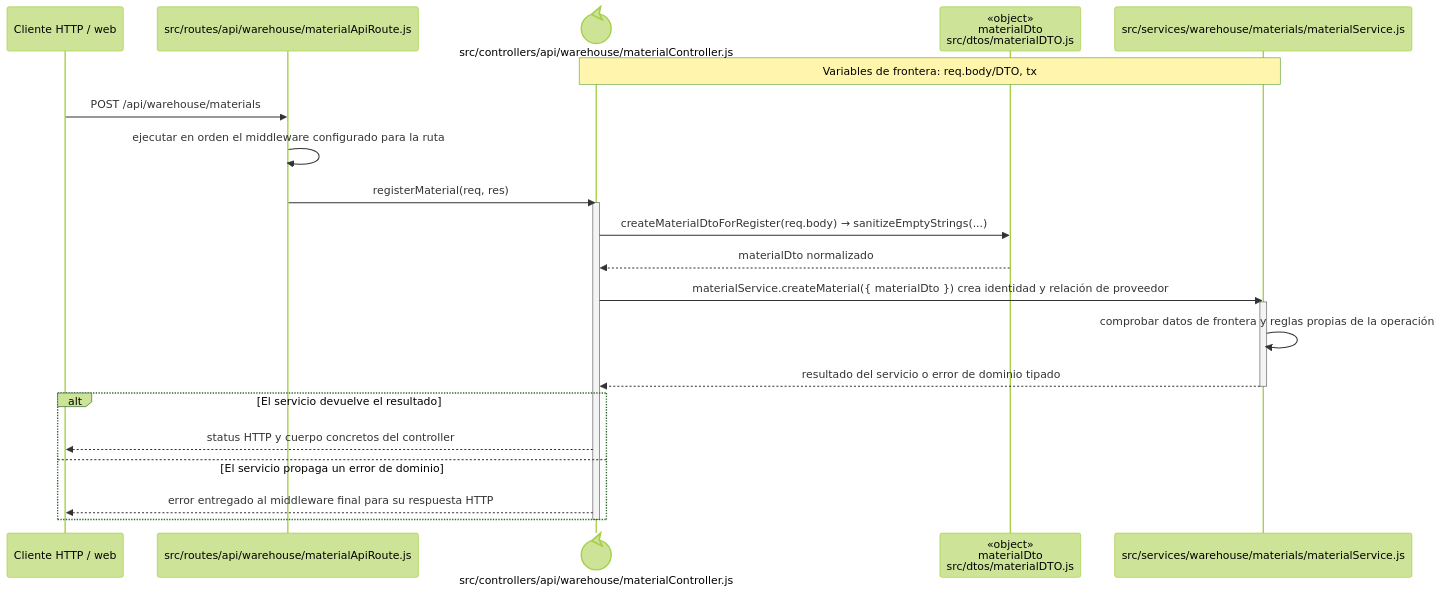
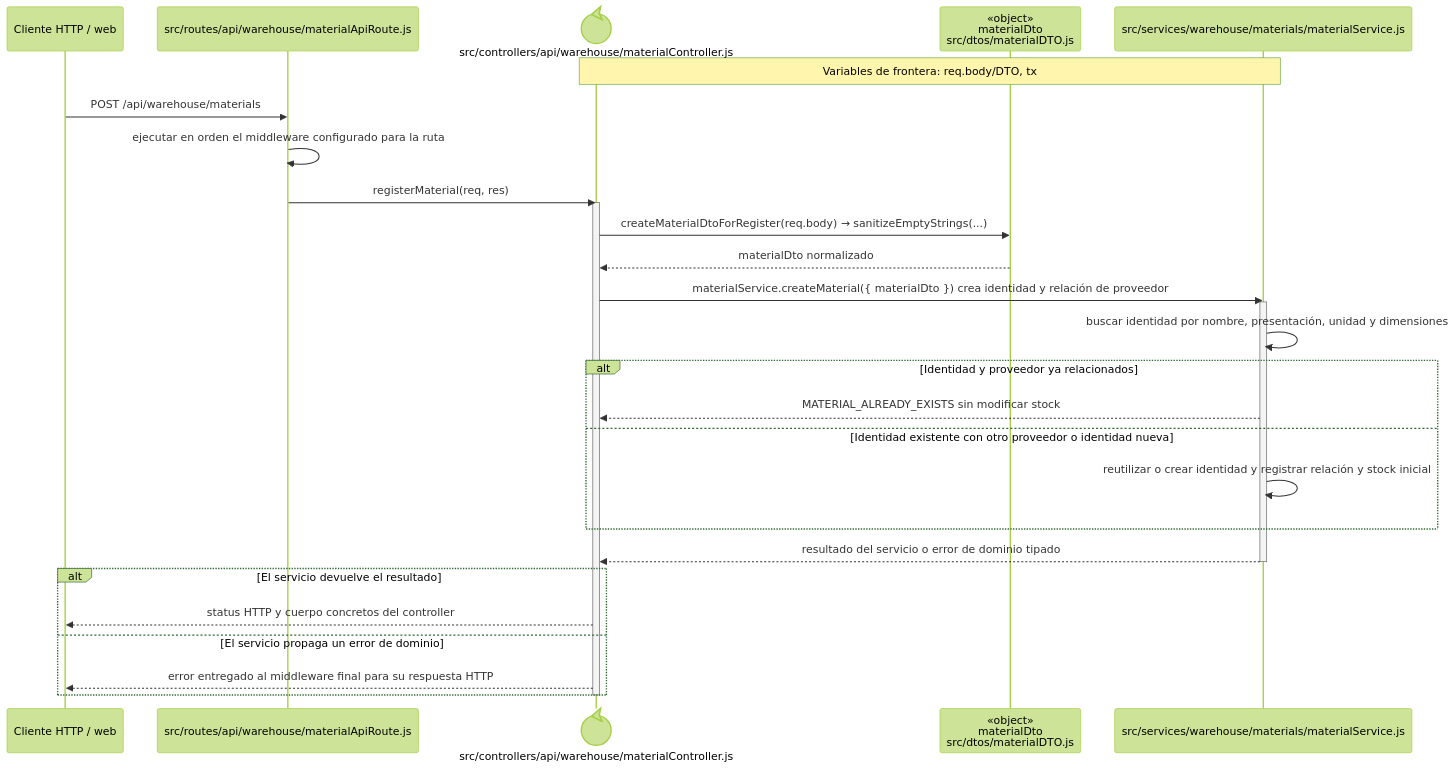
The second of 20 diagrams in docs/architecture/backend-code-sequences/catalogs.md (gpgsistemas01/nexus), drawn with Mermaid (forest theme) before and after one commit. The commit also changed other lines of this file and 35 other files, not shown here.

````diff
--- a/docs/architecture/backend-code-sequences/catalogs.md
+++ b/docs/architecture/backend-code-sequences/catalogs.md
@@ -38,27 +38,32 @@
 ```mermaid
 sequenceDiagram
     participant Client as Cliente HTTP / web
     participant Route as src/routes/api/warehouse/materialApiRoute.js
     participant Controller@{ "type": "control" } as src/controllers/api/warehouse/materialController.js
     participant MaterialDto as «object»<br/>materialDto<br/>src/dtos/materialDTO.js
     participant Domain as src/services/warehouse/materials/materialService.js
     Note over Controller,Domain: Variables de frontera: req.body/DTO, tx
 
     Client->>Route: POST /api/warehouse/materials
     Route->>Route: ejecutar en orden el middleware configurado para la ruta
     Route->>Controller: registerMaterial(req, res)
     activate Controller
     Controller->>MaterialDto: createMaterialDtoForRegister(req.body) → sanitizeEmptyStrings(...)
     MaterialDto-->>Controller: materialDto normalizado
     Controller->>Domain: materialService.createMaterial({ materialDto }) crea identidad y relación de proveedor
     activate Domain
-    Domain->>Domain: comprobar datos de frontera y reglas propias de la operación
+    Domain->>Domain: buscar identidad por nombre, presentación, unidad y dimensiones
+    alt Identidad y proveedor ya relacionados
+        Domain-->>Controller: MATERIAL_ALREADY_EXISTS sin modificar stock
+    else Identidad existente con otro proveedor o identidad nueva
+        Domain->>Domain: reutilizar o crear identidad y registrar relación y stock inicial
+    end
     Domain-->>Controller: resultado del servicio o error de dominio tipado
     deactivate Domain
     alt El servicio devuelve el resultado
         Controller-->>Client: status HTTP y cuerpo concretos del controller
     else El servicio propaga un error de dominio
         Controller-->>Client: error entregado al middleware final para su respuesta HTTP
     end
     deactivate Controller
 ```
````
